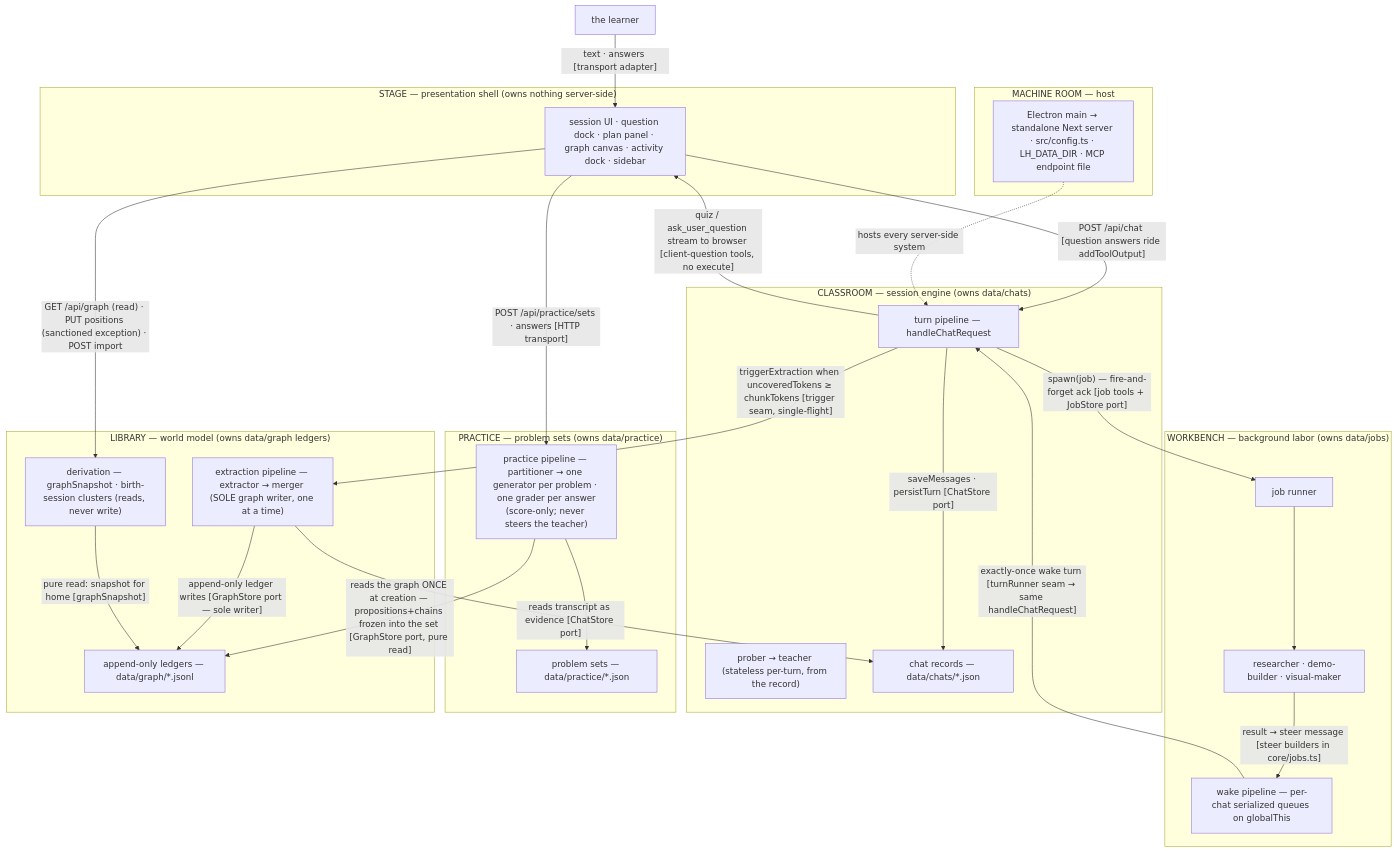
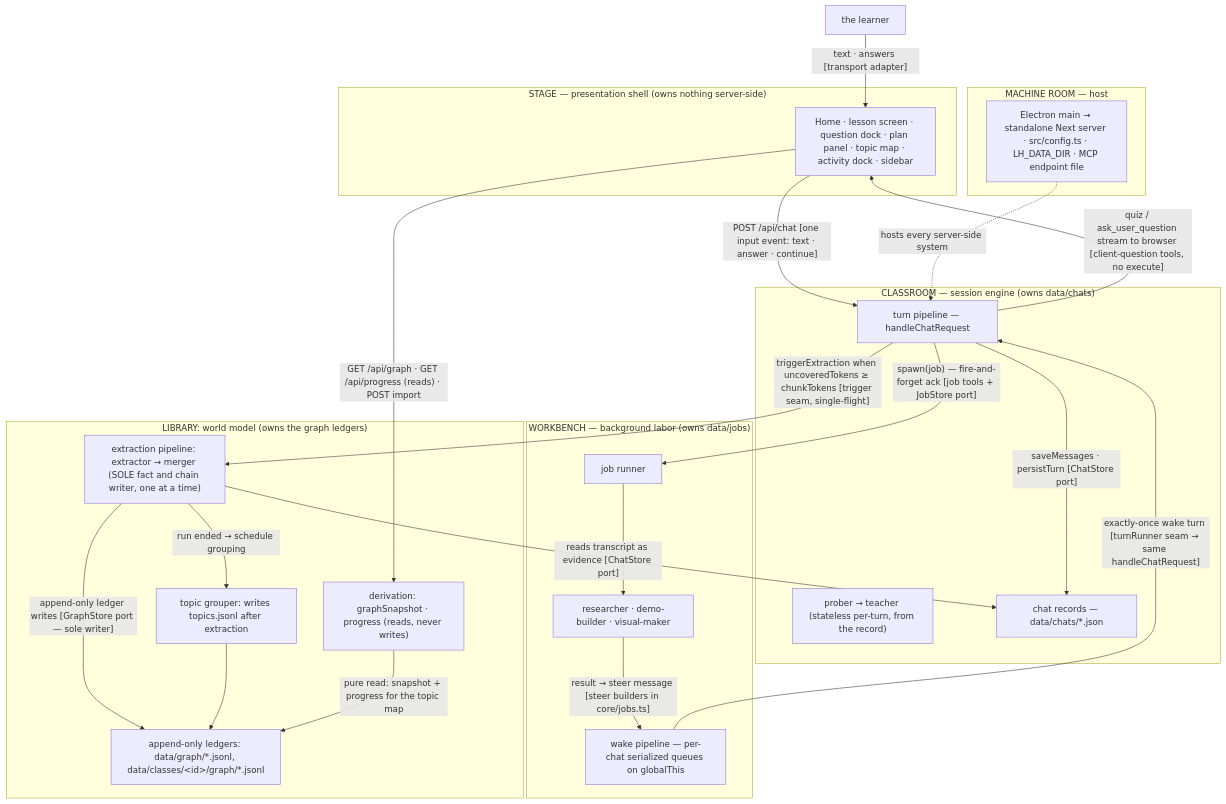
The third of 7 diagrams in docs/architecture.md (bayshores/godspeed), drawn with Mermaid before and after one commit. The commit also changed other lines of this file and 17 other files, not shown here.

````diff
--- a/docs/architecture.md
+++ b/docs/architecture.md
@@ -214,53 +216,48 @@
 ```mermaid
 flowchart TB
     LEARNER["the learner"]
 
     subgraph STAGE["STAGE — presentation shell (owns nothing server-side)"]
-        UI["session UI · question dock · plan panel · graph canvas · activity dock · sidebar"]
+        UI["Home · lesson screen · question dock · plan panel · topic map · activity dock · sidebar"]
     end
 
     subgraph CLASSROOM["CLASSROOM — session engine (owns data/chats)"]
         TURN["turn pipeline — handleChatRequest"]
         AGENTS["prober → teacher (stateless per-turn, from the record)"]
         CHATDATA["chat records — data/chats/*.json"]
     end
 
     subgraph WORKBENCH["WORKBENCH — background labor (owns data/jobs)"]
         JOBRUN["job runner"]
         SUBAGENTS["researcher · demo-builder · visual-maker"]
         WAKE["wake pipeline — per-chat serialized queues on globalThis"]
     end
 
-    subgraph PRAC["PRACTICE — problem sets (owns data/practice)"]
-        PPART["practice pipeline — partitioner → one generator per problem · one grader per answer<br/>(score-only; never steers the teacher)"]
-        PDATA["problem sets — data/practice/*.json"]
-    end
-
-    subgraph LIBRARY["LIBRARY — world model (owns data/graph ledgers)"]
-        EXTRACT["extraction pipeline — extractor → merger (SOLE graph writer, one at a time)"]
-        DERIVE["derivation — graphSnapshot · birth-session clusters (reads, never write)"]
-        GRAPHDATA["append-only ledgers — data/graph/*.jsonl"]
+    subgraph LIBRARY["LIBRARY: world model (owns the graph ledgers)"]
+        EXTRACT["extraction pipeline: extractor → merger (SOLE fact and chain writer, one at a time)"]
+        TOPICS["topic grouper: writes topics.jsonl after extraction"]
+        DERIVE["derivation: graphSnapshot · progress (reads, never writes)"]
+        GRAPHDATA["append-only ledgers: data/graph/*.jsonl, data/classes/&lt;id&gt;/graph/*.jsonl"]
     end
 
     subgraph ROOM["MACHINE ROOM — host"]
         HOST["Electron main → standalone Next server · src/config.ts · LH_DATA_DIR · MCP endpoint file"]
     end
 
     LEARNER -->|"text · answers [transport adapter]"| UI
-    UI -->|"POST /api/chat [question answers ride addToolOutput]"| TURN
+    UI -->|"POST /api/chat [one input event: text · answer · continue]"| TURN
     TURN -->|"quiz / ask_user_question stream to browser [client-question tools, no execute]"| UI
     TURN -->|"saveMessages · persistTurn [ChatStore port]"| CHATDATA
     TURN -->|"spawn(job) — fire-and-forget ack [job tools + JobStore port]"| JOBRUN
     JOBRUN --> SUBAGENTS
     SUBAGENTS -->|"result → steer message [steer builders in core/jobs.ts]"| WAKE
     WAKE -->|"exactly-once wake turn [turnRunner seam → same handleChatRequest]"| TURN
     TURN -->|"triggerExtraction when uncoveredTokens ≥ chunkTokens [trigger seam, single-flight]"| EXTRACT
     EXTRACT -->|"reads transcript as evidence [ChatStore port]"| CHATDATA
     EXTRACT -->|"append-only ledger writes [GraphStore port — sole writer]"| GRAPHDATA
-    DERIVE -->|"pure read: snapshot for home [graphSnapshot]"| GRAPHDATA
-    UI -->|"POST /api/practice/sets · answers [HTTP transport]"| PPART
-    PPART -->|"reads the graph ONCE at creation — propositions+chains frozen into the set [GraphStore port, pure read]"| GRAPHDATA
-    PPART --> PDATA
-    UI -->|"GET /api/graph (read) · PUT positions (sanctioned exception) · POST import"| DERIVE
+    EXTRACT -->|"run ended → schedule grouping"| TOPICS
+    TOPICS --> GRAPHDATA
+    DERIVE -->|"pure read: snapshot + progress for the topic map"| GRAPHDATA
+    UI -->|"GET /api/graph · GET /api/progress (reads) · POST import"| DERIVE
     HOST -.->|"hosts every server-side system"| TURN
 ```
````
